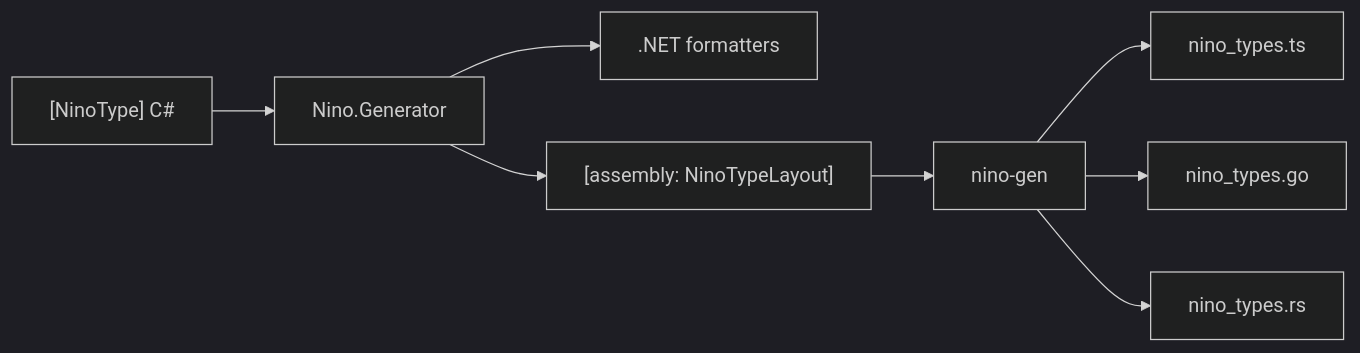
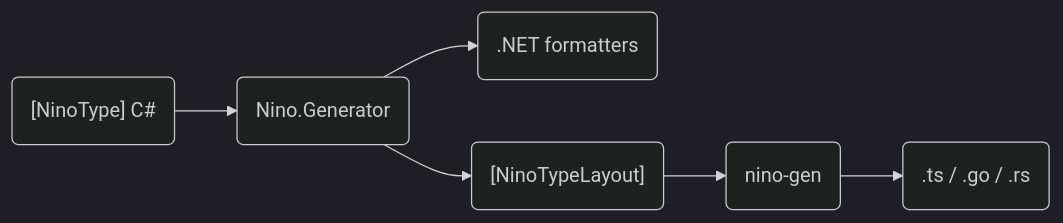
One commit to JasonXuDeveloper/Nino.Docs changed the diagram in content/docs/v4/advanced/codegen.mdx. Above: the diagram before and after it, drawn with Mermaid (dark theme). The commit also changed 14 other files, not shown here.

First line of the commit message:
docs(v4): compact diagrams, decision trees as tables, a 420px cap

````diff
--- a/content/docs/v4/advanced/codegen.mdx
+++ b/content/docs/v4/advanced/codegen.mdx
@@ -33,10 +33,8 @@
 ```mermaid
 flowchart LR
-  C["[NinoType] C#"] --> G[Nino.Generator]
-  G --> F[.NET formatters]
-  G --> L["[assembly: NinoTypeLayout]"]
-  L --> N[nino-gen]
-  N --> T[nino_types.ts]
-  N --> O[nino_types.go]
-  N --> R[nino_types.rs]
+  C("[NinoType] C#") --> G(Nino.Generator)
+  G --> F(.NET formatters)
+  G --> L("[NinoTypeLayout]")
+  L --> N(nino-gen)
+  N --> O(".ts / .go / .rs")
 ```
````
